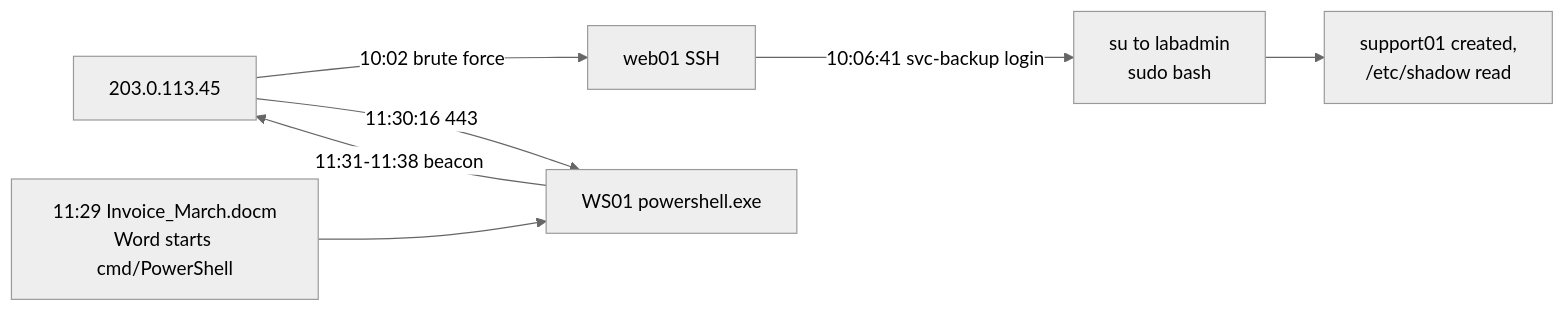
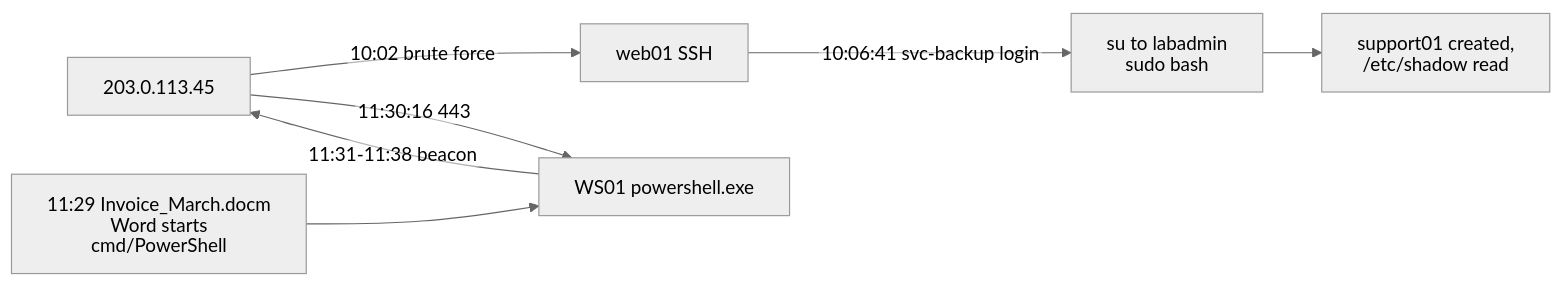
Before and after one commit to OYDeadpoolife/soc-siem-detection-lab: the diagram in docs/investigation-walkthrough.md, drawn with Mermaid (neutral theme). The commit also changed 4 other files, not shown here.

Commit message:
Use SVG text labels in Mermaid diagrams (HTML labels were clipped on GitHub)

````diff
--- a/docs/investigation-walkthrough.md
+++ b/docs/investigation-walkthrough.md
@@ -116,9 +116,15 @@
 ```mermaid
+---
+config:
+  htmlLabels: false
+  flowchart:
+    htmlLabels: false
+---
 flowchart LR
     A["203.0.113.45"] -->|"10:02 brute force"| B["web01 SSH"]
     B -->|"10:06:41 svc-backup login"| C["su to labadmin<br/>sudo bash"]
     C --> D["support01 created,<br/>/etc/shadow read"]
     A -->|"11:30:16 443"| E["WS01 powershell.exe"]
     F["11:29 Invoice_March.docm<br/>Word starts cmd/PowerShell"] --> E
     E -->|"11:31-11:38 beacon"| A
 ```
````
